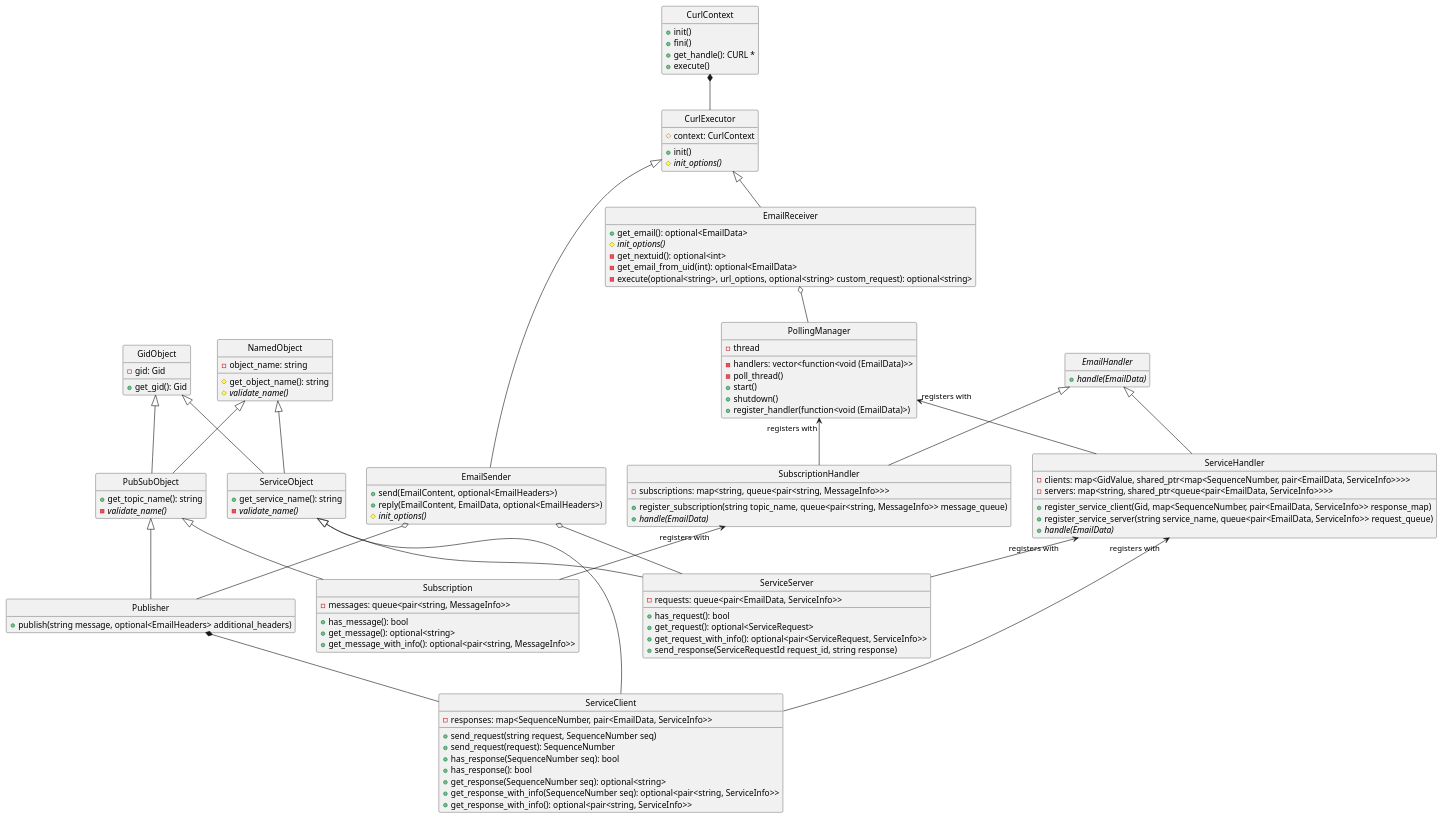
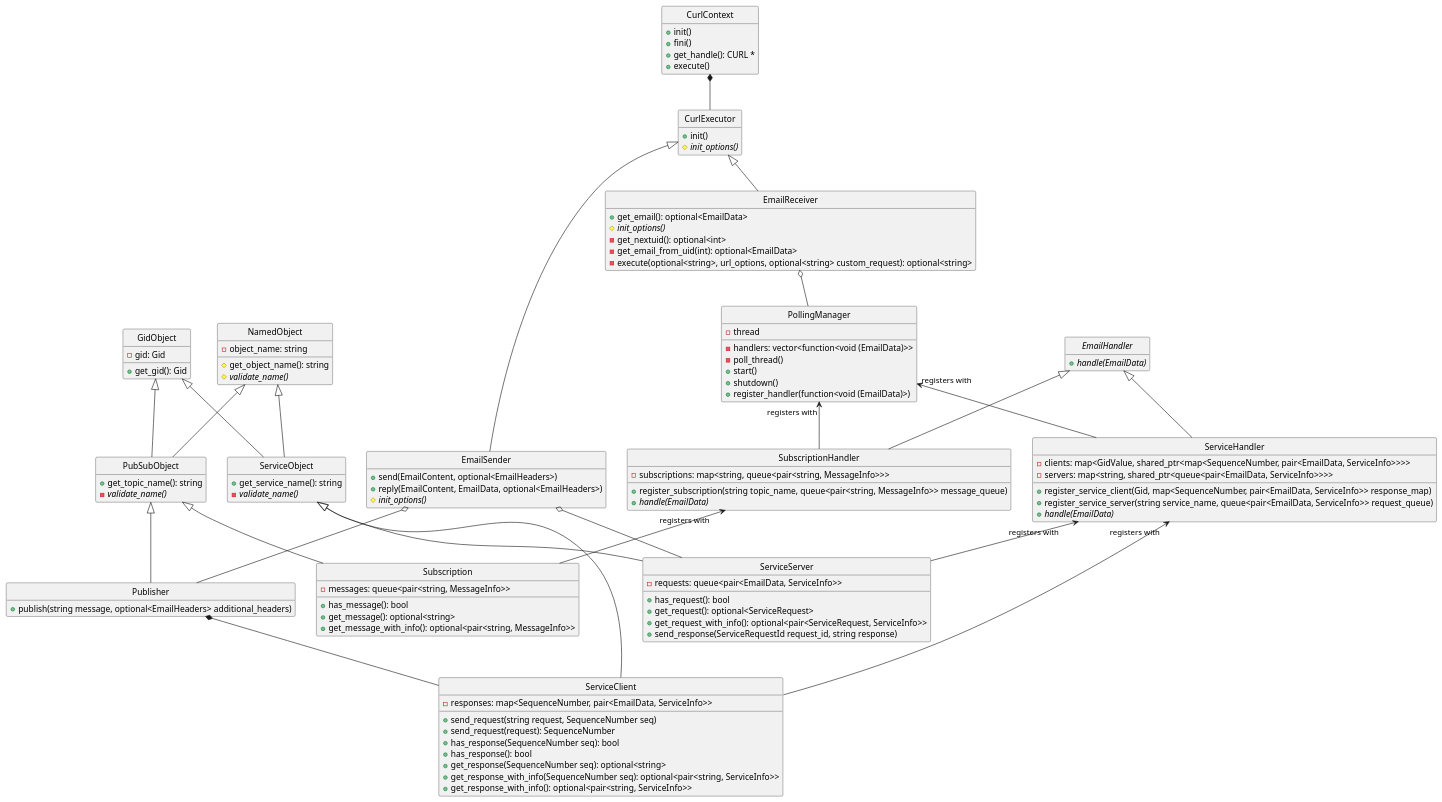
Before and after one commit to christophebedard/rmw_email: the first of 4 diagrams in email/doc/design.md, drawn with PlantUML.

Commit message:
Remove duplicate composition info

```diff
--- a/email/doc/design.md
+++ b/email/doc/design.md
@@ -110,7 +110,6 @@
 class CurlExecutor {
    +init()
    #init_options() {abstract}
-   #context: CurlContext
 }
 CurlContext *-- CurlExecutor
 
```
